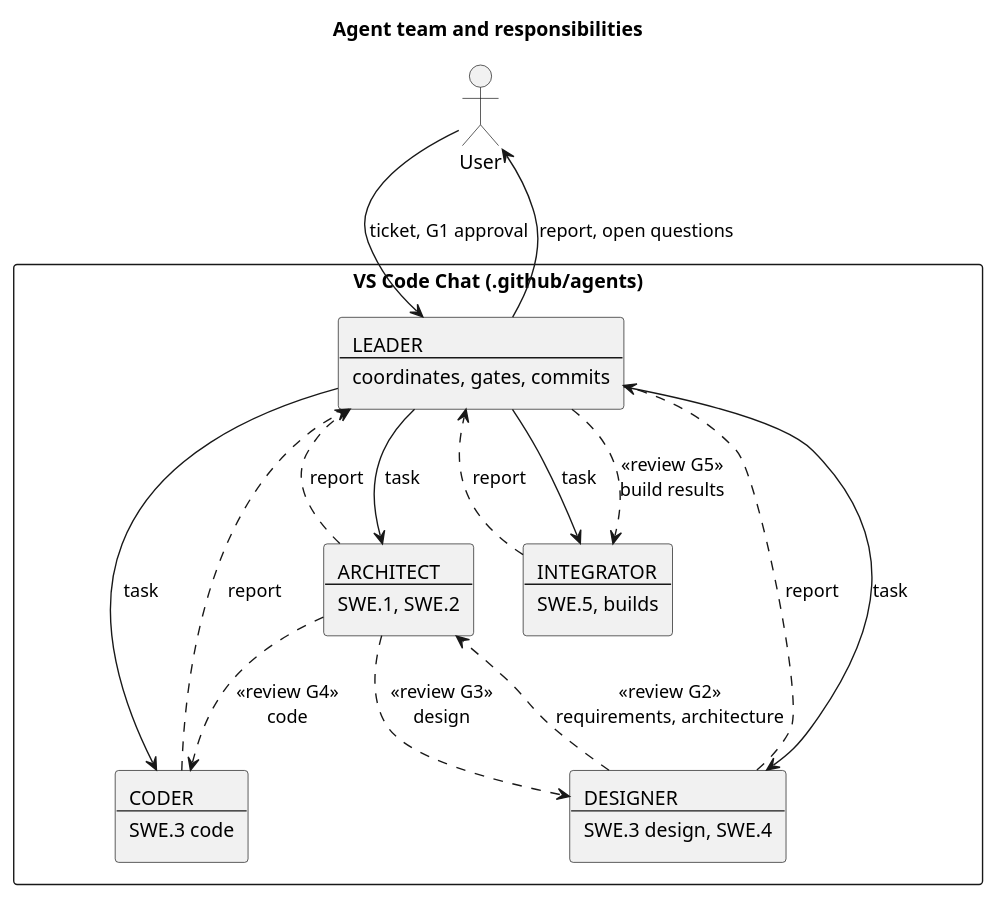
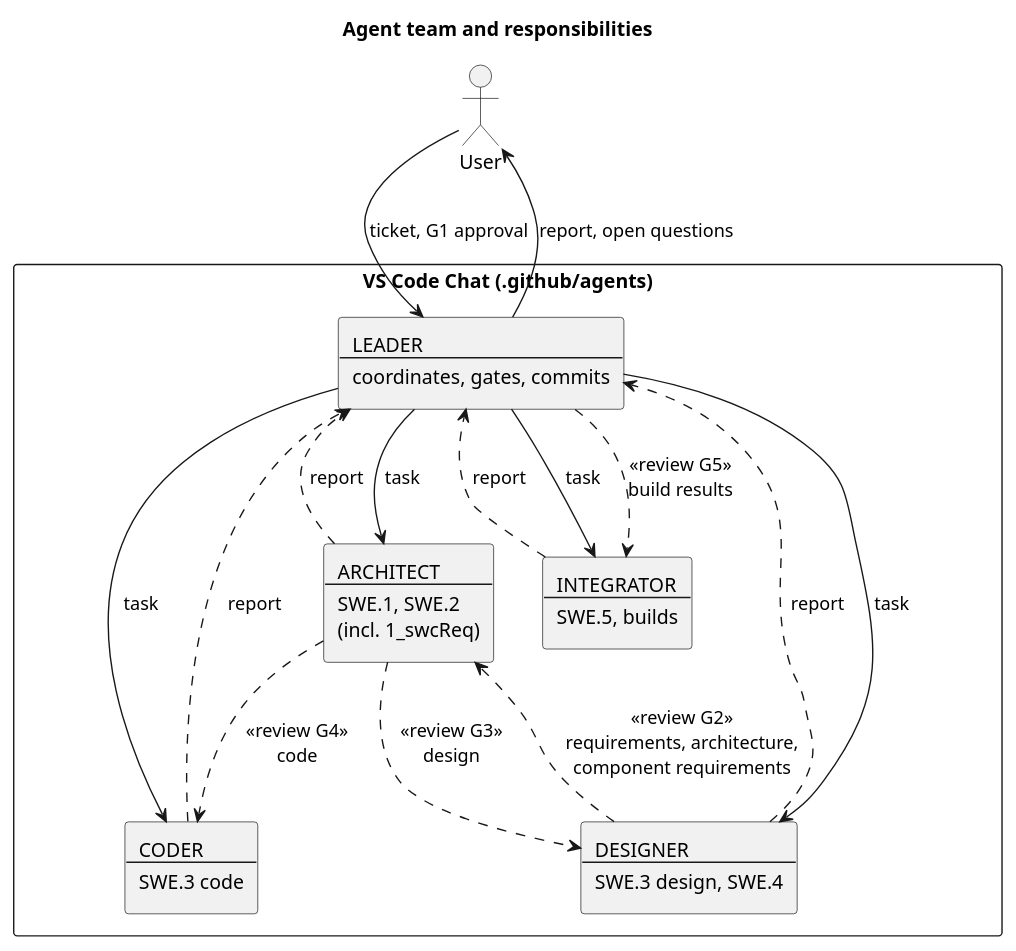
The diagram in .agents/agentTeam.puml (LinhTrucVo/Bico_Protocol_Bridge), drawn with PlantUML before and after one commit. The commit also changed 12 other files, not shown here.

Commit message:
add the swcreq task to architect agent

```diff
--- a/.agents/agentTeam.puml
+++ b/.agents/agentTeam.puml
@@ -1,32 +1,32 @@
 @startuml
 title Agent team and responsibilities
 
 actor "User" as USER
 
 rectangle "VS Code Chat (.github/agents)" {
   agent "LEADER\n--\ncoordinates, gates, commits" as LEADER
-  agent "ARCHITECT\n--\nSWE.1, SWE.2" as ARCHITECT
+  agent "ARCHITECT\n--\nSWE.1, SWE.2\n(incl. 1_swcReq)" as ARCHITECT
   agent "DESIGNER\n--\nSWE.3 design, SWE.4" as DESIGNER
   agent "CODER\n--\nSWE.3 code" as CODER
   agent "INTEGRATOR\n--\nSWE.5, builds" as INTEGRATOR
 }
 
 USER --> LEADER : ticket, G1 approval
 LEADER --> USER : report, open questions
 
 LEADER --> ARCHITECT : task
 LEADER --> DESIGNER : task
 LEADER --> CODER : task
 LEADER --> INTEGRATOR : task
 
 ARCHITECT ..> LEADER : report
 DESIGNER ..> LEADER : report
 CODER ..> LEADER : report
 INTEGRATOR ..> LEADER : report
 
-DESIGNER ..> ARCHITECT : <<review G2>>\nrequirements, architecture
+DESIGNER ..> ARCHITECT : <<review G2>>\nrequirements, architecture,\ncomponent requirements
 ARCHITECT ..> DESIGNER : <<review G3>>\ndesign
 ARCHITECT ..> CODER : <<review G4>>\ncode
 LEADER ..> INTEGRATOR : <<review G5>>\nbuild results
 
 @enduml
```
